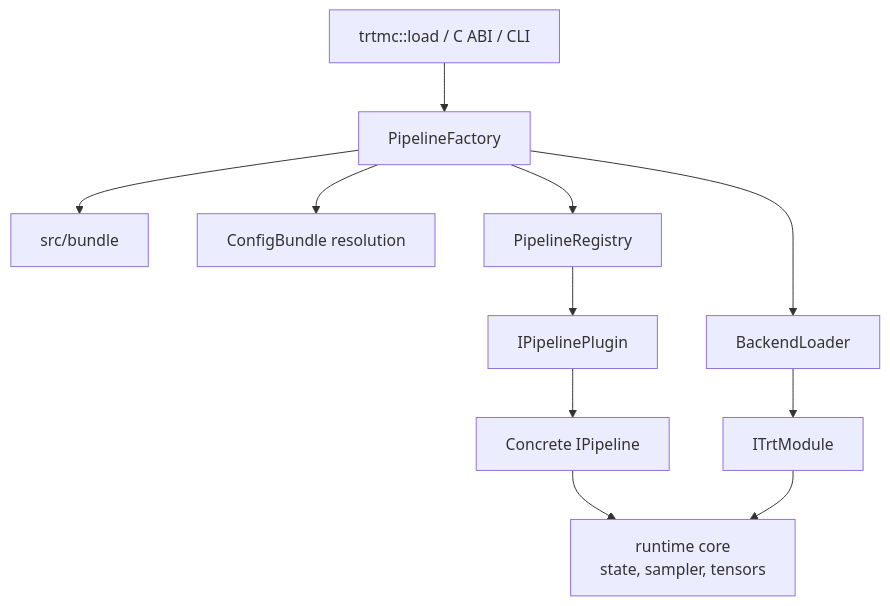
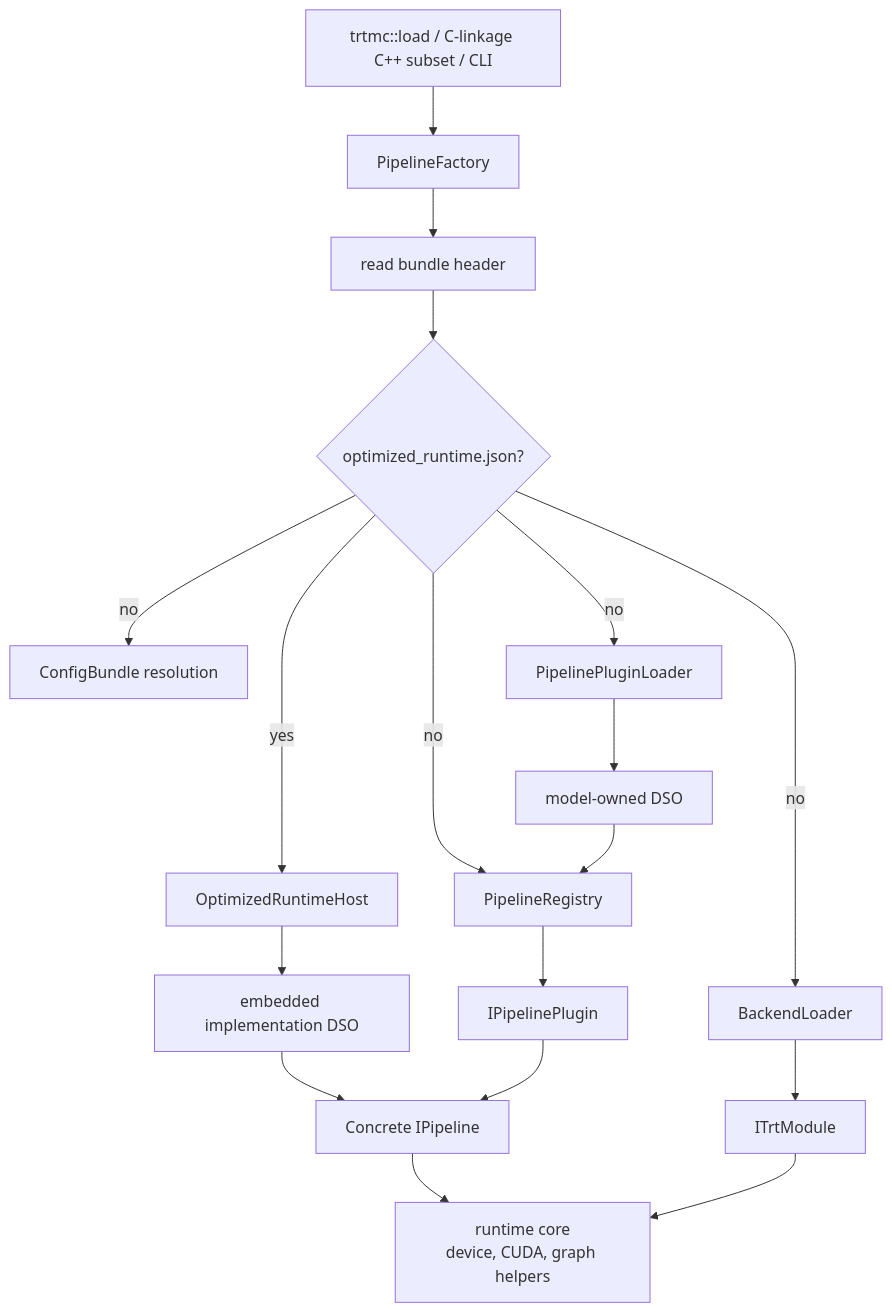
The first of 2 diagrams in website/docs/unit-design/cpp-runtime.md (AbishekCoder1/TensorRT-Model-Connect), drawn with Mermaid before and after one commit. The commit also changed other lines of this file and 83 other files, not shown here.

````diff
--- a/website/docs/unit-design/cpp-runtime.md
+++ b/website/docs/unit-design/cpp-runtime.md
@@ -7,13 +7,20 @@
 ```mermaid
 flowchart TD
-  Public["trtmc::load / C ABI / CLI"] --> Factory["PipelineFactory"]
-  Factory --> Bundle["src/bundle"]
-  Factory --> Config["ConfigBundle resolution"]
-  Factory --> Backend["BackendLoader"]
-  Factory --> Registry["PipelineRegistry"]
+  Public["trtmc::load / C-linkage C++ subset / CLI"] --> Factory["PipelineFactory"]
+  Factory --> Bundle["read bundle header"]
+  Bundle --> Kind{"optimized_runtime.json?"}
+  Kind -->|yes| Provider["OptimizedRuntimeHost"]
+  Provider --> ImplDSO["embedded implementation DSO"]
+  ImplDSO --> Pipeline
+  Kind -->|no| Config["ConfigBundle resolution"]
+  Kind -->|no| Backend["BackendLoader"]
+  Kind -->|no| Loader["PipelinePluginLoader"]
+  Loader --> DSO["model-owned DSO"]
+  Kind -->|no| Registry["PipelineRegistry"]
+  DSO --> Registry
   Registry --> Plugin["IPipelinePlugin"]
   Backend --> Module["ITrtModule"]
   Plugin --> Pipeline["Concrete IPipeline"]
-  Pipeline --> Core["runtime core<br/>state, sampler, tensors"]
+  Pipeline --> Core["runtime core<br/>device, CUDA, graph helpers"]
   Module --> Core
 ```
````
